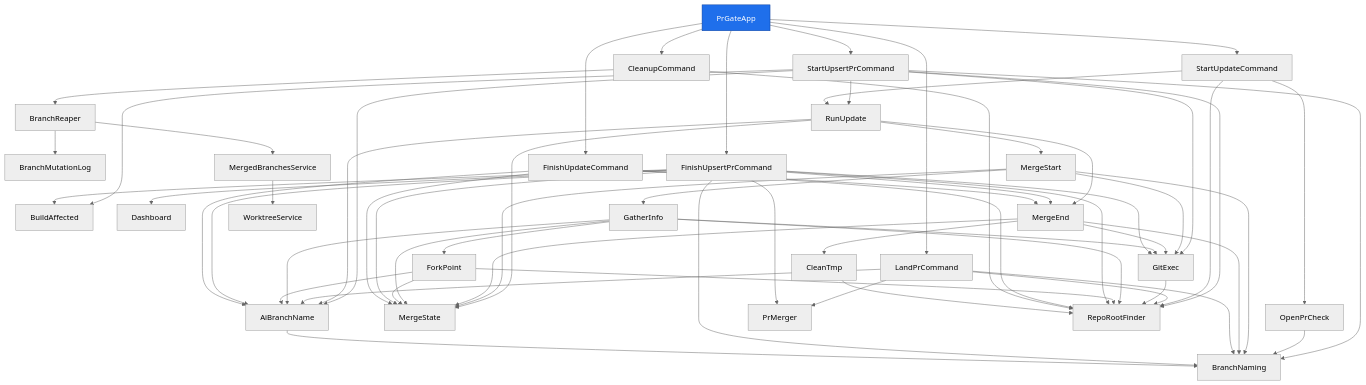
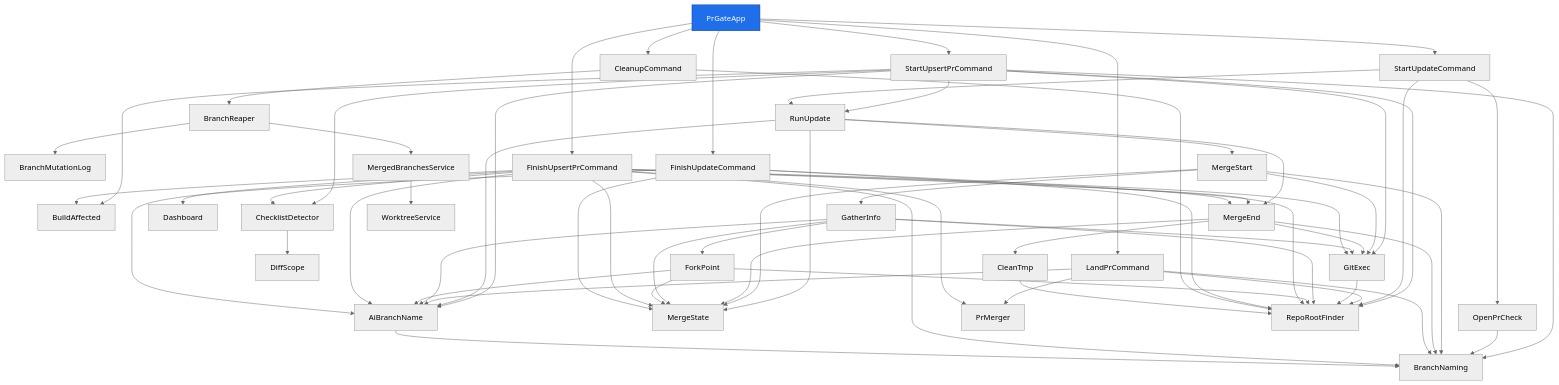
One commit to deanhiller/webpieces-ts changed the diagram in packages/tooling/pr-gate/design.md. Above: the diagram before and after it, drawn with Mermaid (neutral theme). The commit also changed 19 other files, not shown here.

```diff
--- a/packages/tooling/pr-gate/design.md
+++ b/packages/tooling/pr-gate/design.md
@@ -17,9 +17,11 @@
     BranchNaming["BranchNaming"]
     BranchReaper["BranchReaper"]
     BuildAffected["BuildAffected"]
+    ChecklistDetector["ChecklistDetector"]
     CleanTmp["CleanTmp"]
     CleanupCommand["CleanupCommand"]
     Dashboard["Dashboard"]
+    DiffScope["DiffScope"]
     FinishUpdateCommand["FinishUpdateCommand"]
     FinishUpsertPrCommand["FinishUpsertPrCommand"]
     ForkPoint["ForkPoint"]
@@ -41,6 +43,7 @@
     AiBranchName --> BranchNaming
     BranchReaper --> BranchMutationLog
     BranchReaper --> MergedBranchesService
+    ChecklistDetector --> DiffScope
     CleanTmp --> RepoRootFinder
     CleanupCommand --> BranchReaper
     CleanupCommand --> RepoRootFinder
@@ -51,6 +54,7 @@
     FinishUpsertPrCommand --> AiBranchName
     FinishUpsertPrCommand --> BranchNaming
     FinishUpsertPrCommand --> BuildAffected
+    FinishUpsertPrCommand --> ChecklistDetector
     FinishUpsertPrCommand --> Dashboard
     FinishUpsertPrCommand --> GitExec
     FinishUpsertPrCommand --> MergeEnd
@@ -96,6 +100,7 @@
     StartUpsertPrCommand --> AiBranchName
     StartUpsertPrCommand --> BranchNaming
     StartUpsertPrCommand --> BuildAffected
+    StartUpsertPrCommand --> ChecklistDetector
     StartUpsertPrCommand --> GitExec
     StartUpsertPrCommand --> RepoRootFinder
     StartUpsertPrCommand --> RunUpdate
```
